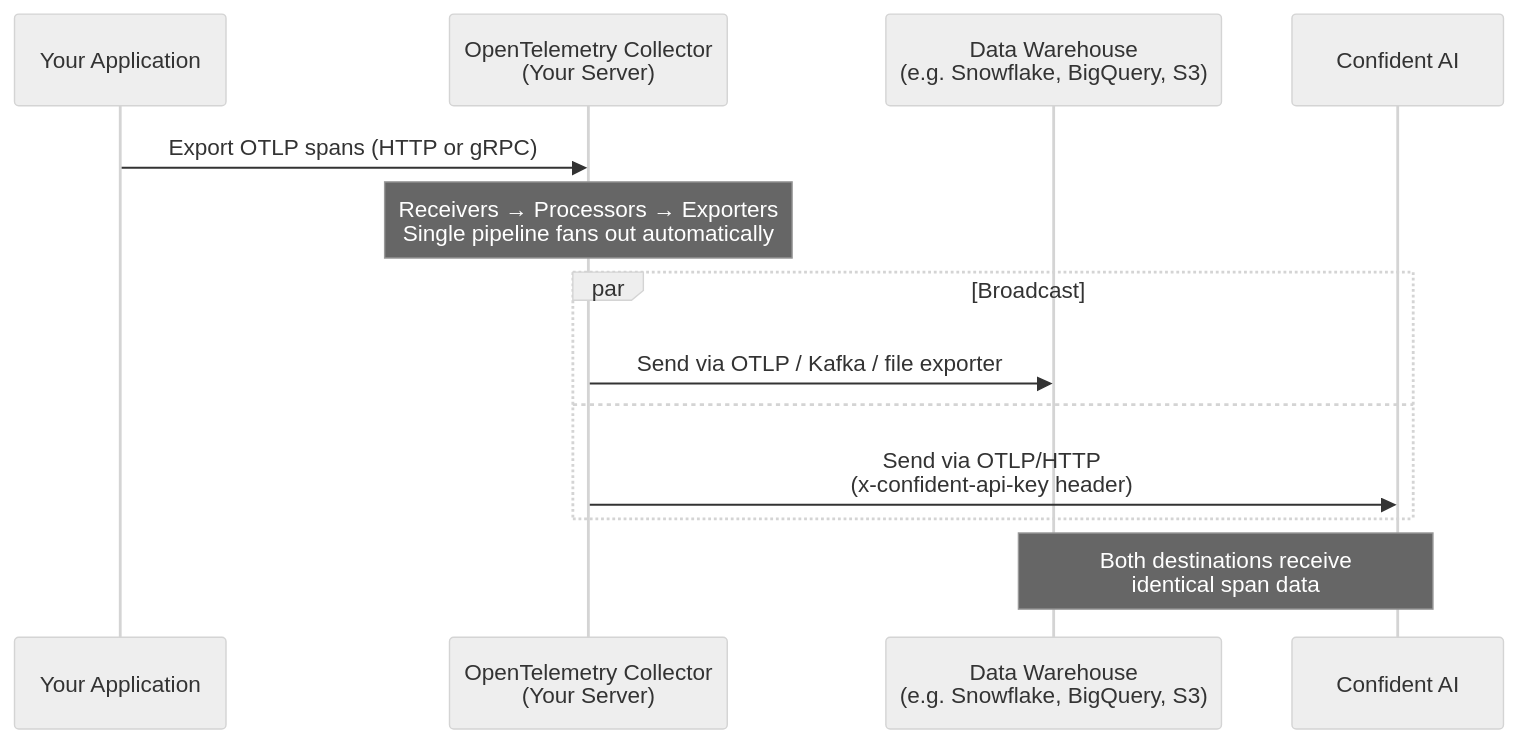
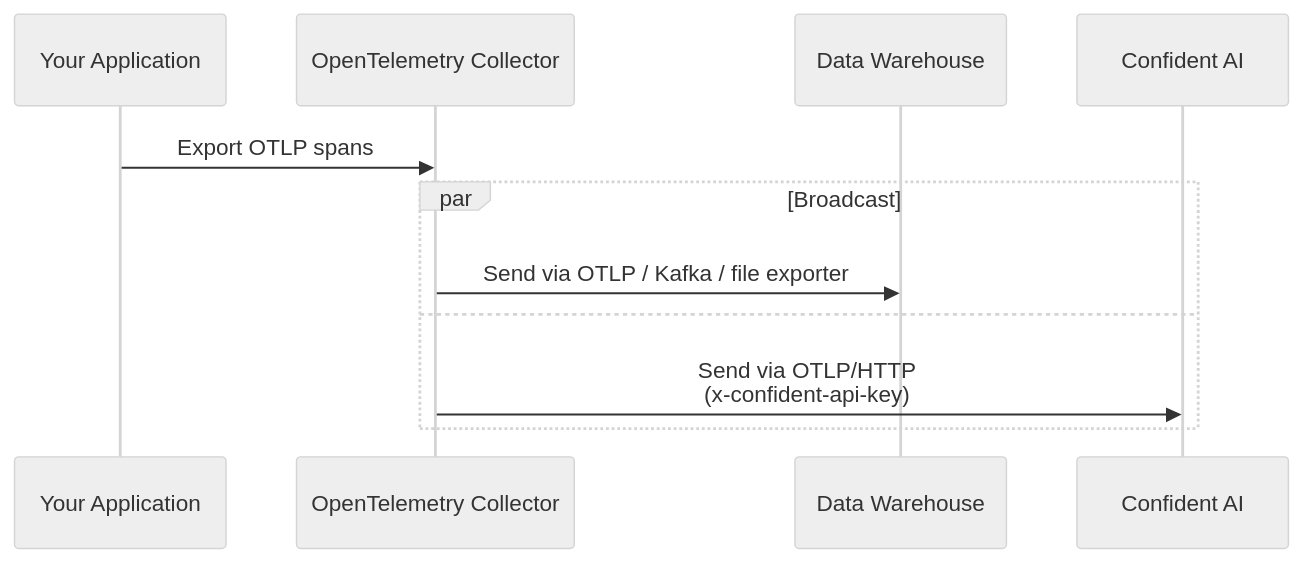
Before and after one commit to confident-ai/confident-docs: the first of 3 diagrams in fern/docs/pages/integrations/opentelemetry/trace-broadcasting.mdx, drawn with Mermaid (neutral theme). The commit also changed other lines of this file, not shown here.

````diff
--- a/fern/docs/pages/integrations/opentelemetry/trace-broadcasting.mdx
+++ b/fern/docs/pages/integrations/opentelemetry/trace-broadcasting.mdx
@@ -37,18 +36,15 @@
 ```mermaid
 sequenceDiagram
     participant App as Your Application
-    participant Collector as OpenTelemetry Collector<br/>(Your Server)
-    participant Warehouse as Data Warehouse<br/>(e.g. Snowflake, BigQuery, S3)
+    participant Collector as OpenTelemetry Collector
+    participant Warehouse as Data Warehouse
     participant Confident as Confident AI
 
-    App->>Collector: Export OTLP spans (HTTP or gRPC)
-    Note over Collector: Receivers → Processors → Exporters<br/>Single pipeline fans out automatically
+    App->>Collector: Export OTLP spans
 
     par Broadcast
         Collector->>Warehouse: Send via OTLP / Kafka / file exporter
     and
-        Collector->>Confident: Send via OTLP/HTTP<br/>(x-confident-api-key header)
+        Collector->>Confident: Send via OTLP/HTTP<br/>(x-confident-api-key)
     end
-
-    Note over Warehouse,Confident: Both destinations receive<br/>identical span data
 ```
````
